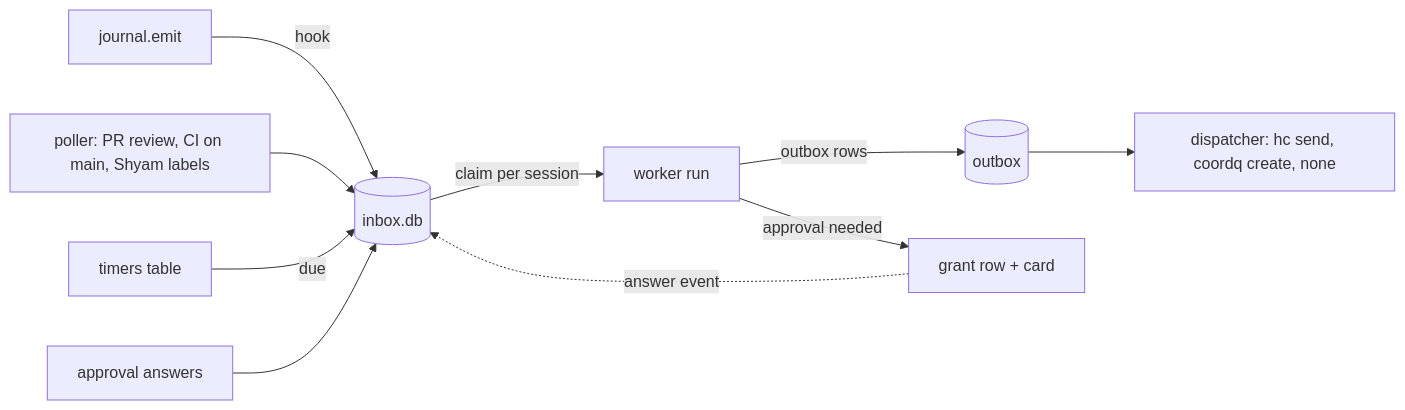
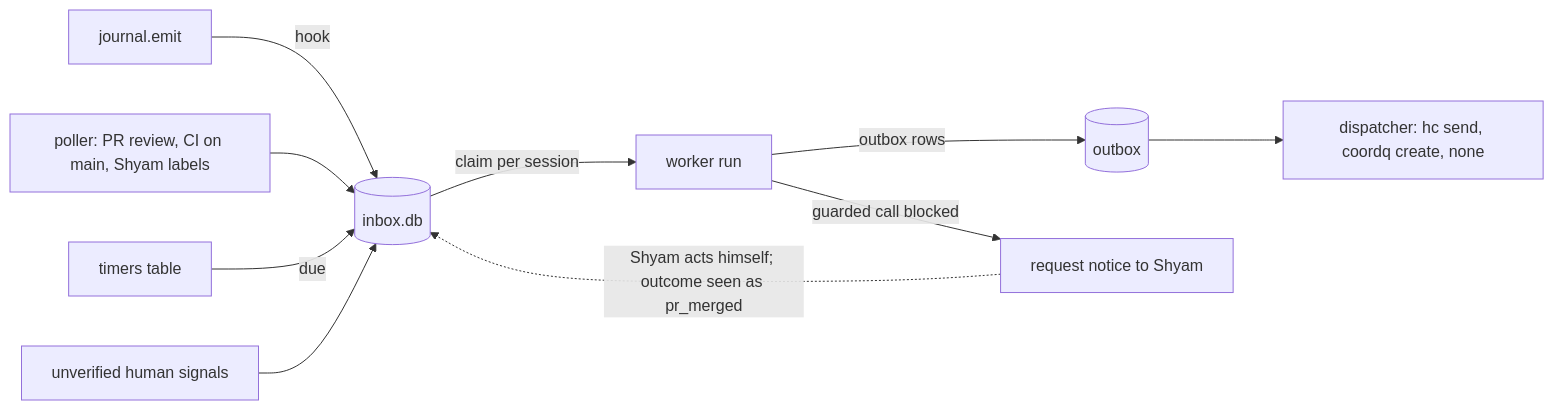
Before and after one commit to shyamsivakumar/mac-ops: the first of 2 diagrams in docs/coordinator-event-inbox-design.md, drawn with Mermaid. The commit also changed other lines of this file and 2 other files, not shown here.

Commit message:
Event inbox design rev 2: no grants, volume-based wake tiers, replay watermark, real PR source, liveness numbers, outcome buckets

````diff
--- a/docs/coordinator-event-inbox-design.md
+++ b/docs/coordinator-event-inbox-design.md
@@ -252,12 +317,12 @@
 ```mermaid
 flowchart LR
   J[journal.emit] -- hook --> I[(inbox.db)]
   P[poller: PR review, CI on main, Shyam labels] --> I
   T[timers table] -- due --> I
-  A[approval answers] --> I
+  H[unverified human signals] --> I
   I -- claim per session --> W[worker run]
   W -- outbox rows --> O[(outbox)]
   O --> D[dispatcher: hc send, coordq create, none]
-  W -- approval needed --> S[grant row + card]
-  S -. answer event .-> I
+  W -- guarded call blocked --> R[request notice to Shyam]
+  R -. Shyam acts himself; outcome seen as pr_merged .-> I
 ```
````
